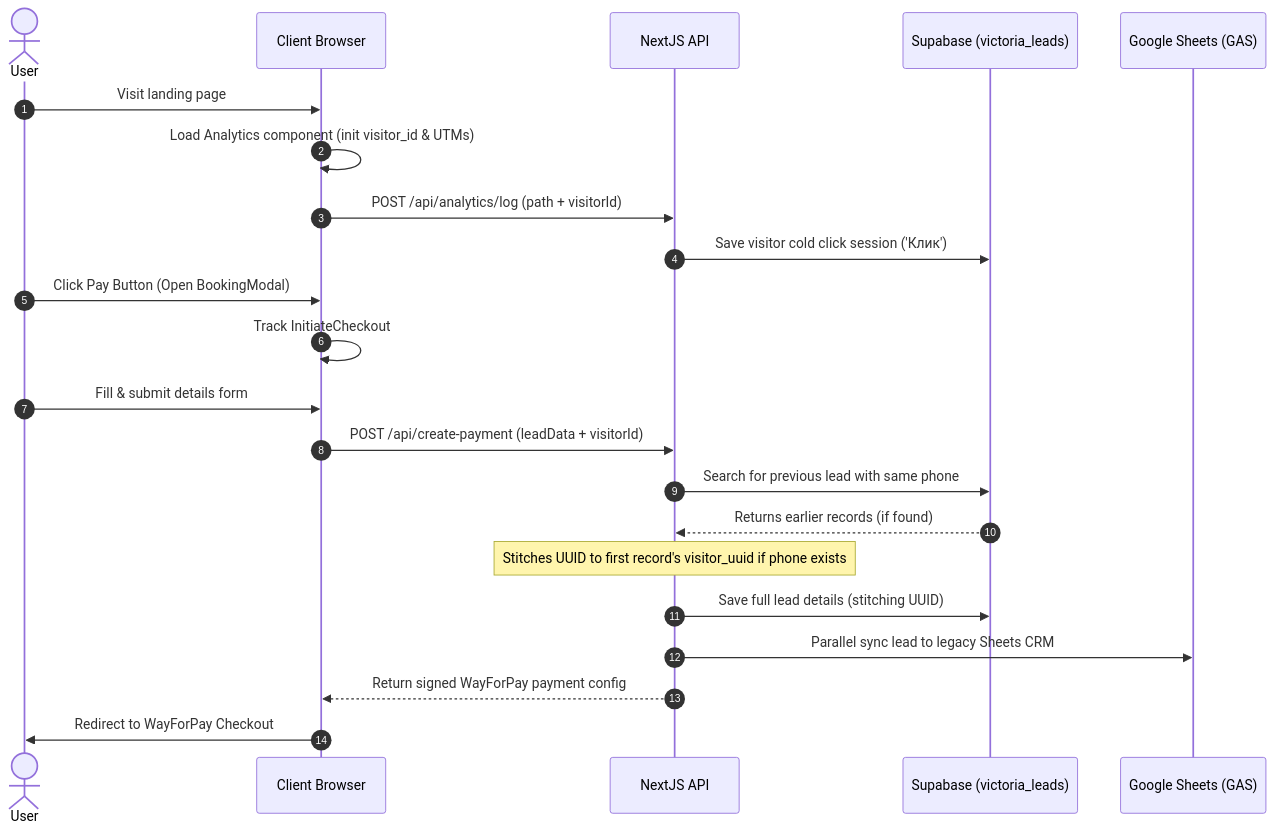
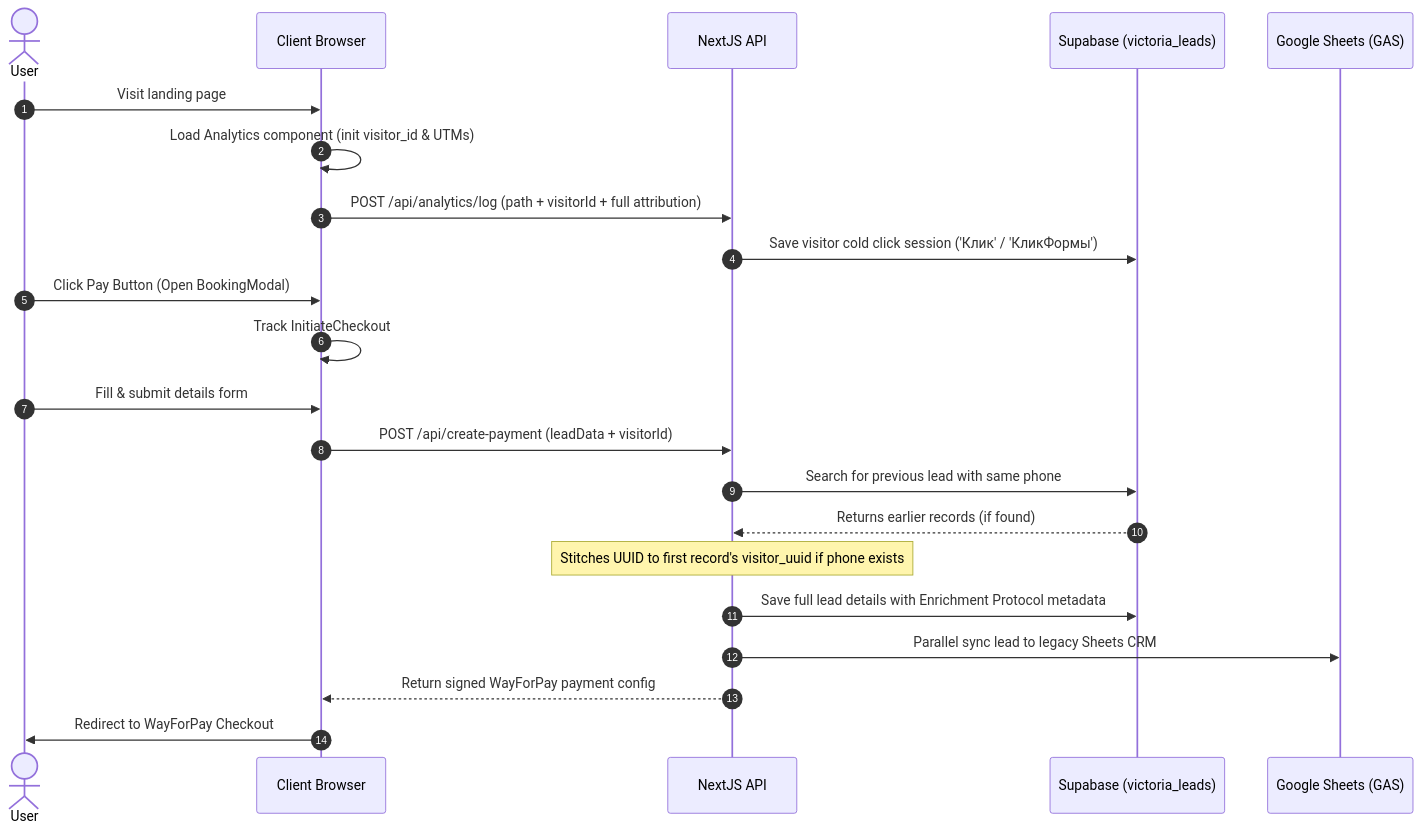
One commit to YuransiS/victoria-mc changed the diagram in ARCHITECTURE.md. Above: the diagram before and after it, drawn with Mermaid. The commit also changed other lines of this file and 53 other files, not shown here.

````diff
--- a/ARCHITECTURE.md
+++ b/ARCHITECTURE.md
@@ -119,27 +164,27 @@
 ```mermaid
 sequenceDiagram
     autonumber
     actor User
     participant Browser as Client Browser
     participant API as NextJS API
     participant DB as Supabase (victoria_leads)
     participant GAS as Google Sheets (GAS)
 
     User->>Browser: Visit landing page
     Browser->>Browser: Load Analytics component (init visitor_id & UTMs)
-    Browser->>API: POST /api/analytics/log (path + visitorId)
-    API->>DB: Save visitor cold click session ('Клик')
+    Browser->>API: POST /api/analytics/log (path + visitorId + full attribution)
+    API->>DB: Save visitor cold click session ('Клик' / 'КликФормы')
 
     User->>Browser: Click Pay Button (Open BookingModal)
     Browser->>Browser: Track InitiateCheckout
     
     User->>Browser: Fill & submit details form
     Browser->>API: POST /api/create-payment (leadData + visitorId)
     API->>DB: Search for previous lead with same phone
     DB-->>API: Returns earlier records (if found)
     Note over API: Stitches UUID to first record's visitor_uuid if phone exists
-    API->>DB: Save full lead details (stitching UUID)
+    API->>DB: Save full lead details with Enrichment Protocol metadata
     API->>GAS: Parallel sync lead to legacy Sheets CRM
     API-->>Browser: Return signed WayForPay payment config
     Browser->>User: Redirect to WayForPay Checkout
 ```
````
